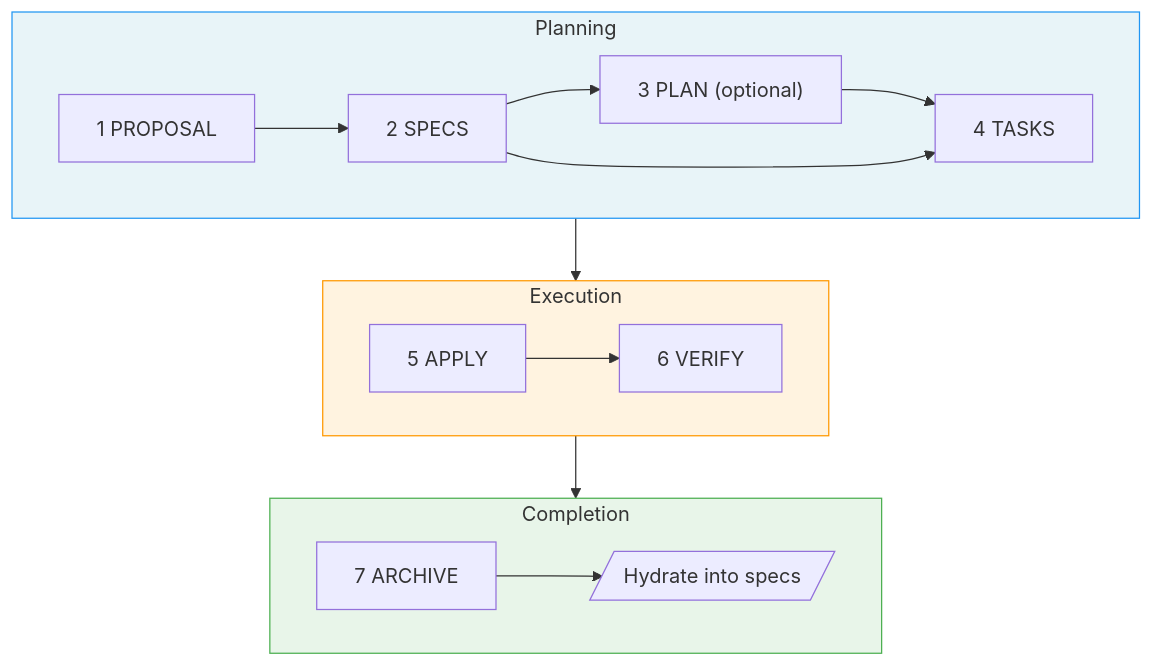
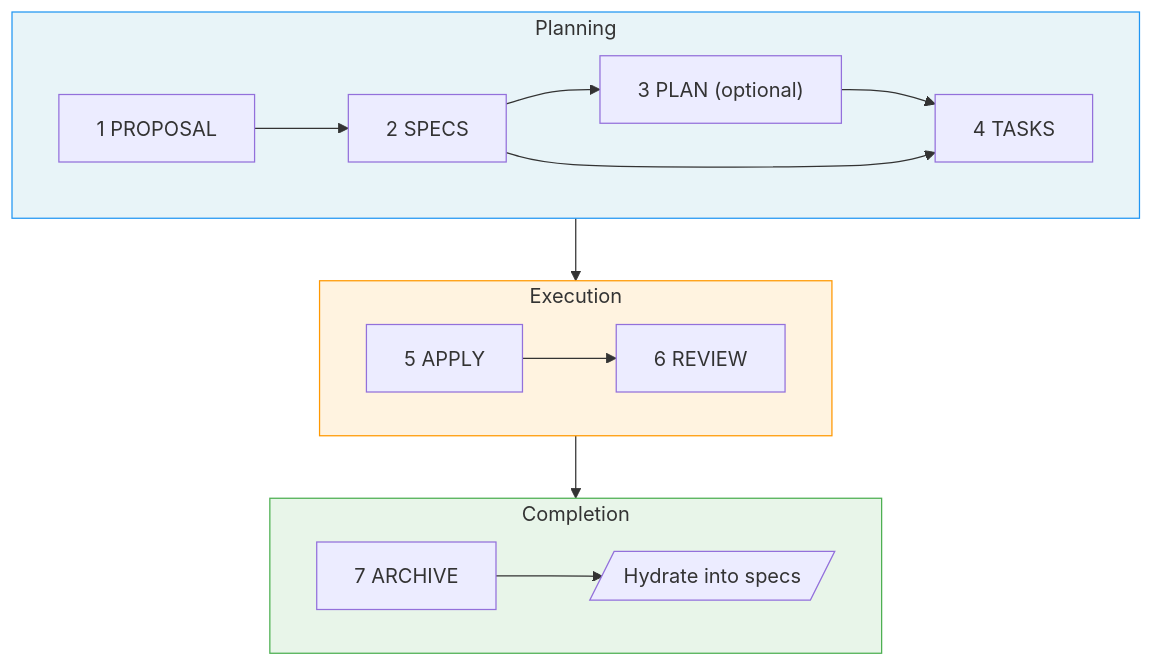
Before and after one commit to wvrdz/fab-kit: the first of 2 diagrams in doc/fab-spec/README.md, drawn with Mermaid. The commit also changed other lines of this file and 4 other files, not shown here.

First line of the commit message:
Rename verify→review, add clarify skill, refine fab spec conventions

````diff
--- a/doc/fab-spec/README.md
+++ b/doc/fab-spec/README.md
@@ -37,23 +37,23 @@
 ```mermaid
 flowchart TD
     subgraph planning ["Planning"]
         direction LR
         P["1 PROPOSAL"] --> S["2 SPECS"] --> PL["3 PLAN (optional)"] --> T["4 TASKS"]
         S --> T
     end
     subgraph execution ["Execution"]
         direction LR
-        A["5 APPLY"] --> V["6 VERIFY"]
+        A["5 APPLY"] --> V["6 REVIEW"]
     end
     subgraph completion ["Completion"]
         direction LR
         AR["7 ARCHIVE"] --> H[/"Hydrate into specs"/]
     end
 
     T --> A
     V --> AR
 
     style planning fill:#e8f4f8,stroke:#2196F3
     style execution fill:#fff3e0,stroke:#FF9800
     style completion fill:#e8f5e9,stroke:#4CAF50
 ```
````
